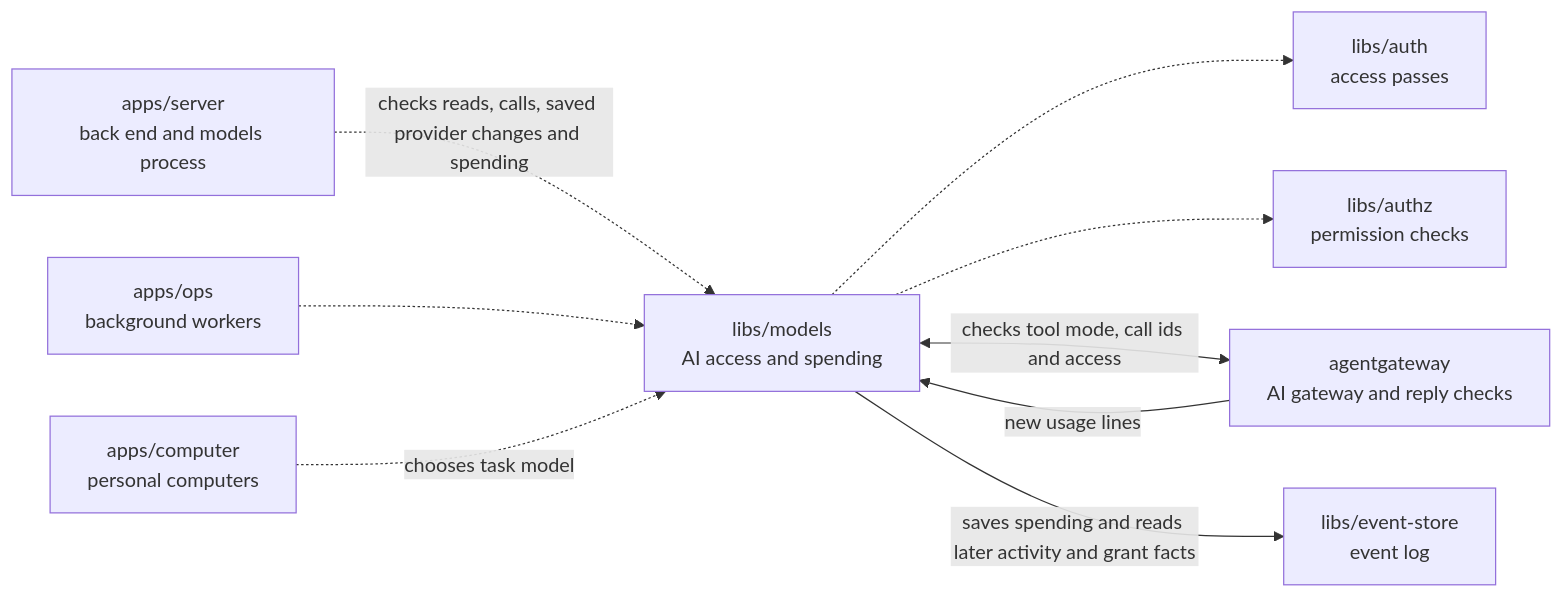
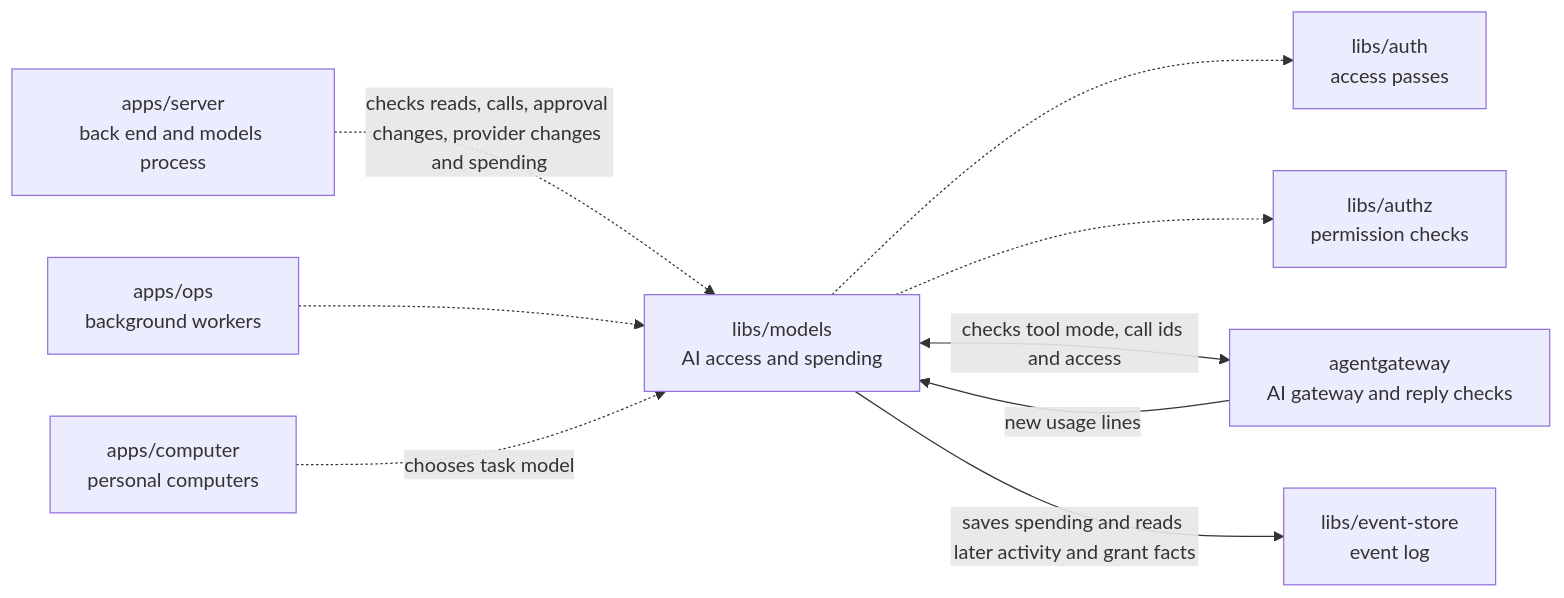
One commit to elewa-git/opencrane-new changed the diagram in libs/models/README.md. Above: the diagram before and after it, drawn with Mermaid. The commit also changed other lines of this file and 35 other files, not shown here.

First line of the commit message:
🚪 Removed chat participants lose live, history, file, viewer and approval access within two seconds (#295) (#295)

````diff
--- a/libs/models/README.md
+++ b/libs/models/README.md
@@ -11,11 +11,11 @@
 ```mermaid
 flowchart LR
-  server["apps/server<br/>back end and models process"] -.->|checks reads, calls, saved provider changes and spending| models["libs/models<br/>AI access and spending"]
+  server["apps/server<br/>back end and models process"] -.->|checks reads, calls, approval changes, provider changes and spending| models["libs/models<br/>AI access and spending"]
   ops["apps/ops<br/>background workers"] -.-> models
   computer["apps/computer<br/>personal computers"] -.->|chooses task model| models
   models -.-> auth["libs/auth<br/>access passes"]
   models -.-> authz["libs/authz<br/>permission checks"]
   models <-->|checks tool mode, call ids and access| gateway["agentgateway<br/>AI gateway and reply checks"]
   gateway -->|new usage lines| models
   models -->|saves spending and reads later activity and grant facts| store["libs/event-store<br/>event log"]
 ```
````
